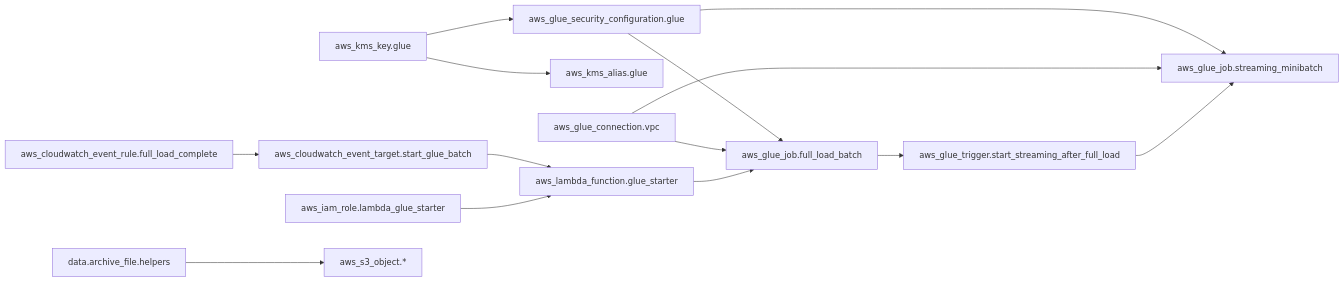
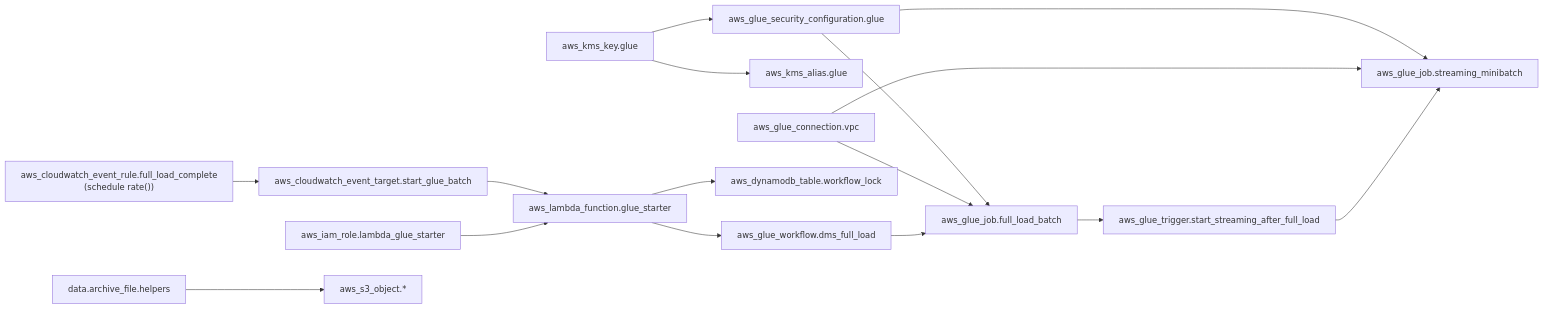
One commit to jamilvilela/aws-streaming-flight-radar-glue changed the first of 2 diagrams in docs-sdd/plan.md. Above: the diagram before and after it, drawn with Mermaid. The commit also changed other lines of this file and 18 other files, not shown here.

First line of the commit message:
feat: refactor Glue workflow trigger to use EventBridge schedule and add DynamoDB lock

````diff
--- a/docs-sdd/plan.md
+++ b/docs-sdd/plan.md
@@ -250,16 +252,18 @@
 ```mermaid
 flowchart LR
     KMS["aws_kms_key.glue"] --> SC["aws_glue_security_configuration.glue"]
     KMS --> ALIAS["aws_kms_alias.glue"]
     SC --> BATCH["aws_glue_job.full_load_batch"]
     SC --> STREAM["aws_glue_job.streaming_minibatch"]
     CONN["aws_glue_connection.vpc"] --> BATCH
     CONN --> STREAM
     BATCH --> TRIG["aws_glue_trigger.start_streaming_after_full_load"]
     TRIG --> STREAM
-    RULE["aws_cloudwatch_event_rule.full_load_complete"] --> TARGET["aws_cloudwatch_event_target.start_glue_batch"]
+    RULE["aws_cloudwatch_event_rule.full_load_complete<br/>(schedule rate())"] --> TARGET["aws_cloudwatch_event_target.start_glue_batch"]
     TARGET --> LAMBDA["aws_lambda_function.glue_starter"]
-    LAMBDA --> BATCH
+    LAMBDA --> LOCK["aws_dynamodb_table.workflow_lock"]
+    LAMBDA --> WF["aws_glue_workflow.dms_full_load"]
+    WF --> BATCH
     ROLE["aws_iam_role.lambda_glue_starter"] --> LAMBDA
     ARCH["data.archive_file.helpers"] --> OBJ["aws_s3_object.*"]
 ```
````
